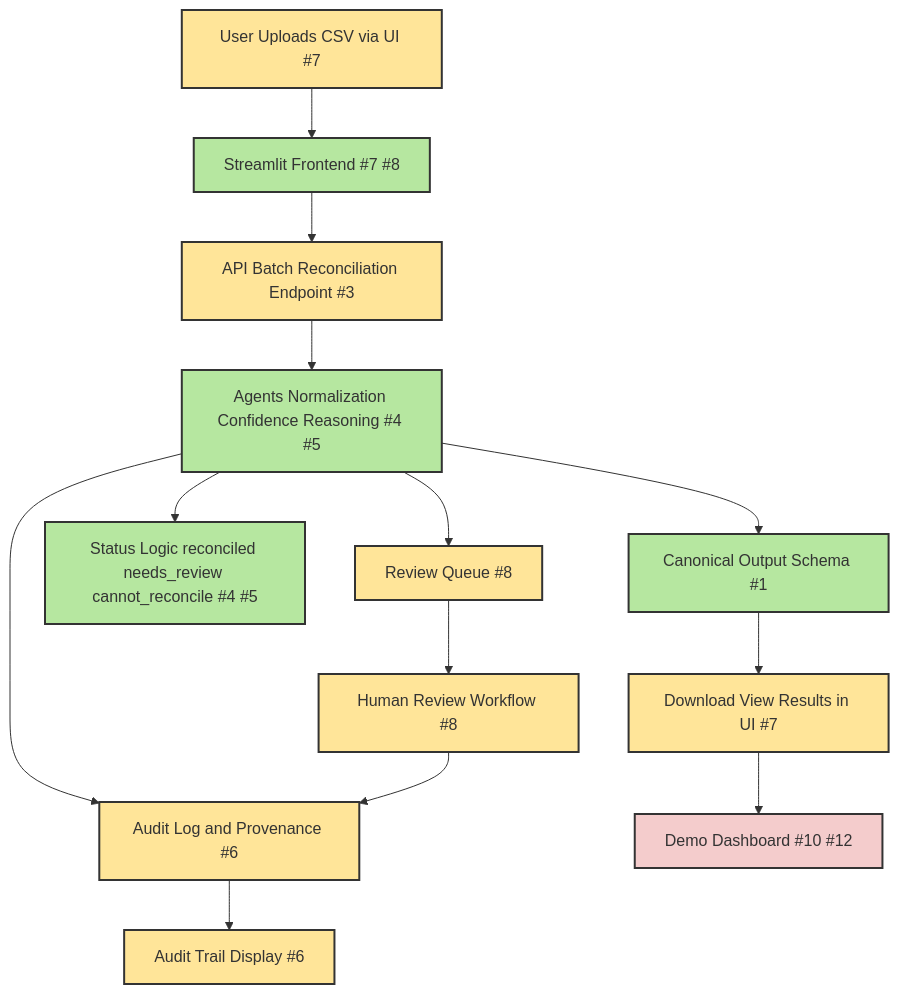
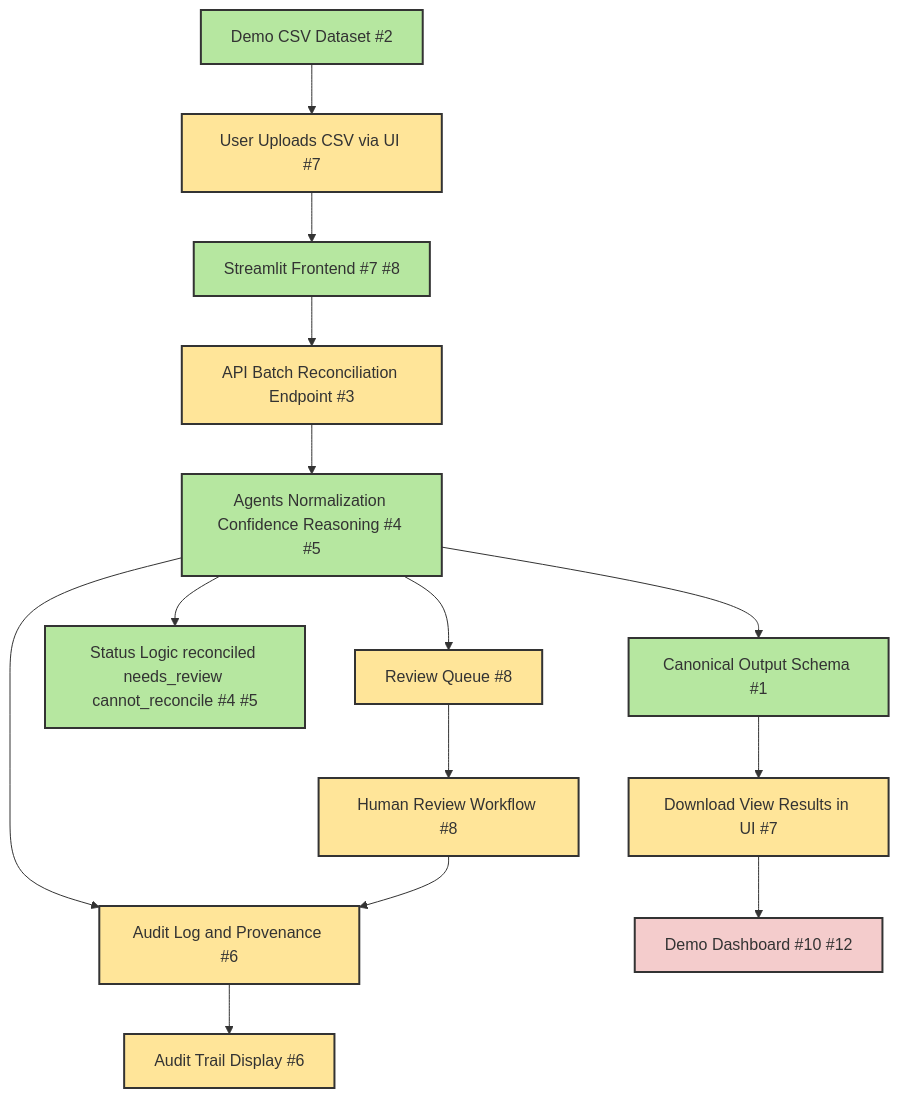
One commit to michaeliuedu/oncoreconcile-ai changed the diagram in docs/architecture/mvp_overview.md. Above: the diagram before and after it, drawn with Mermaid. The commit also changed other lines of this file, not shown here.

Commit message:
docs: add Demo CSV Dataset (#2) to MVP diagram and list unblocked issues

````diff
--- a/docs/architecture/mvp_overview.md
+++ b/docs/architecture/mvp_overview.md
@@ -8,25 +8,26 @@
 ```mermaid
 graph TD
-    A[User Uploads CSV via UI #7]:::partial --> B[Streamlit Frontend #7 #8]:::done
+    Z[Demo CSV Dataset #2]:::done --> A[User Uploads CSV via UI #7]:::partial
+    A --> B[Streamlit Frontend #7 #8]:::done
     B --> C[API Batch Reconciliation Endpoint #3]:::partial
     C --> D[Agents Normalization Confidence Reasoning #4 #5]:::done
     D --> E[Canonical Output Schema #1]:::done
     D --> F[Status Logic reconciled needs_review cannot_reconcile #4 #5]:::done
     D --> G[Audit Log and Provenance #6]:::next
     D --> H[Review Queue #8]:::next
     E --> I[Download View Results in UI #7]:::partial
     H --> J[Human Review Workflow #8]:::next
     J --> G
     G --> K[Audit Trail Display #6]:::next
     I --> L[Demo Dashboard #10 #12]:::future
 
     classDef done fill:#b6e7a0,stroke:#333,stroke-width:2px;
     classDef partial fill:#ffe599,stroke:#333,stroke-width:2px;
     classDef next fill:#ffe599,stroke:#333,stroke-width:2px;
     classDef future fill:#f4cccc,stroke:#333,stroke-width:2px;
 
-    class B,D,E,F done;
+    class Z,B,D,E,F done;
     class A,C,I partial;
     class G,H,J,K next;
     class L future;
 ```
````
